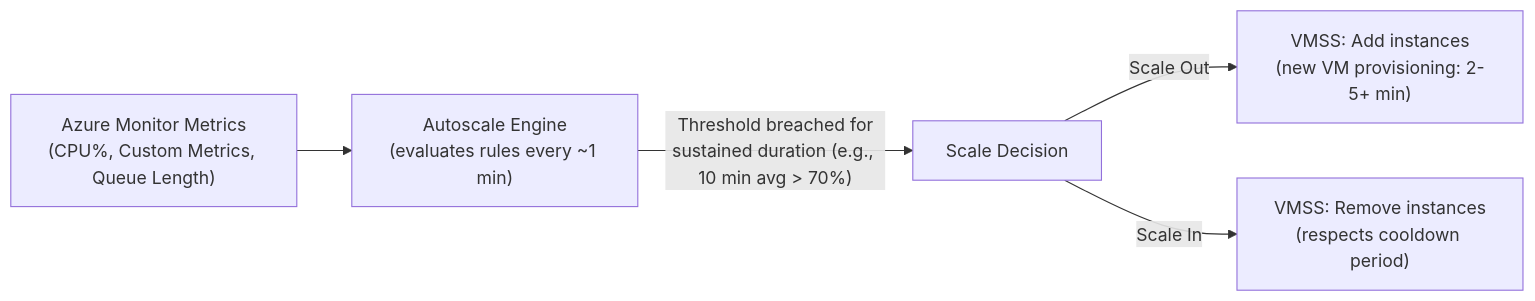
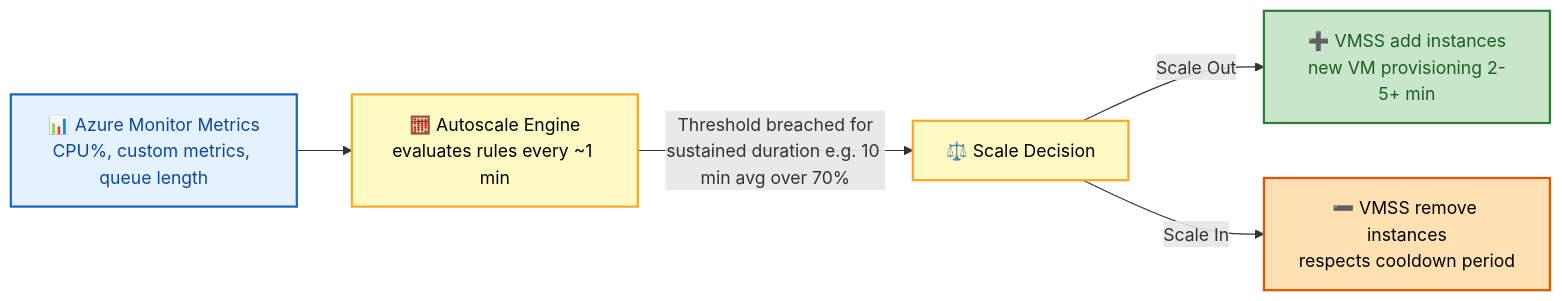
The fifth of 6 diagrams in azure/04-COMPUTE-STORAGE.md (rakesh-budde/devops-guide), drawn with Mermaid before and after one commit. The commit also changed other lines of this file and 73 other files, not shown here.

````diff
--- a/azure/04-COMPUTE-STORAGE.md
+++ b/azure/04-COMPUTE-STORAGE.md
@@ -39,7 +147,16 @@
 ```mermaid
 graph LR
-    Metrics["Azure Monitor Metrics<br/>(CPU%, Custom Metrics, Queue Length)"] --> AutoscaleEngine["Autoscale Engine<br/>(evaluates rules every ~1 min)"]
-    AutoscaleEngine -->|"Threshold breached for<br/>sustained duration (e.g., 10 min avg > 70%)"| ScaleDecision["Scale Decision"]
-    ScaleDecision -->|Scale Out| VMSS["VMSS: Add instances<br/>(new VM provisioning: 2-5+ min)"]
-    ScaleDecision -->|Scale In| VMSS2["VMSS: Remove instances<br/>(respects cooldown period)"]
+    Metrics["📊 Azure Monitor Metrics<br/>CPU%, custom metrics, queue length"] --> AutoscaleEngine["🧮 Autoscale Engine<br/>evaluates rules every ~1 min"]
+    AutoscaleEngine -->|"Threshold breached for<br/>sustained duration e.g. 10 min avg over 70%"| ScaleDecision["⚖️ Scale Decision"]
+    ScaleDecision -->|"Scale Out"| VMSS["➕ VMSS add instances<br/>new VM provisioning 2-5+ min"]
+    ScaleDecision -->|"Scale In"| VMSS2["➖ VMSS remove instances<br/>respects cooldown period"]
+
+    classDef start fill:#e3f2fd,stroke:#1565c0,color:#0d47a1,stroke-width:2px;
+    classDef proc fill:#fff9c4,stroke:#f9a825,color:#000,stroke-width:2px;
+    classDef good fill:#c8e6c9,stroke:#2e7d32,color:#1b5e20,stroke-width:2px;
+    classDef store fill:#ffe0b2,stroke:#e65100,color:#000,stroke-width:2px;
+    class Metrics start;
+    class AutoscaleEngine,ScaleDecision proc;
+    class VMSS good;
+    class VMSS2 store;
 ```
````
